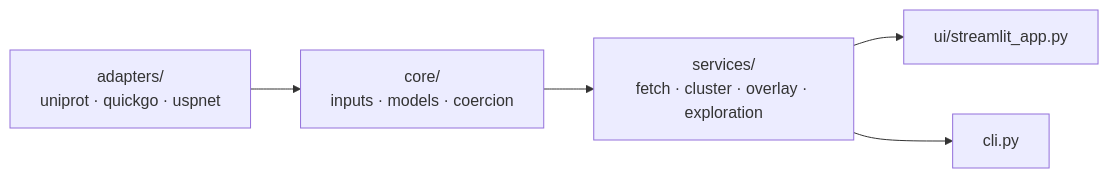
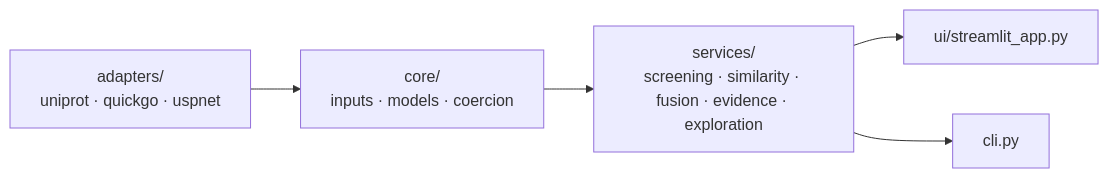
The diagram in README.md (77652189/SigScout), drawn with Mermaid before and after one commit. The commit also changed other lines of this file and 4 other files, not shown here.

````diff
--- a/README.md
+++ b/README.md
@@ -17,7 +50,7 @@
 ```mermaid
 flowchart LR
   SRC["adapters/<br/>uniprot · quickgo · uspnet"] --> CORE["core/<br/>inputs · models · coercion"]
-  CORE --> SVC["services/<br/>fetch · cluster · overlay · exploration"]
+  CORE --> SVC["services/<br/>screening · similarity · fusion · evidence · exploration"]
   SVC --> UI["ui/streamlit_app.py"]
   SVC --> CLI["cli.py"]
 ```
````
